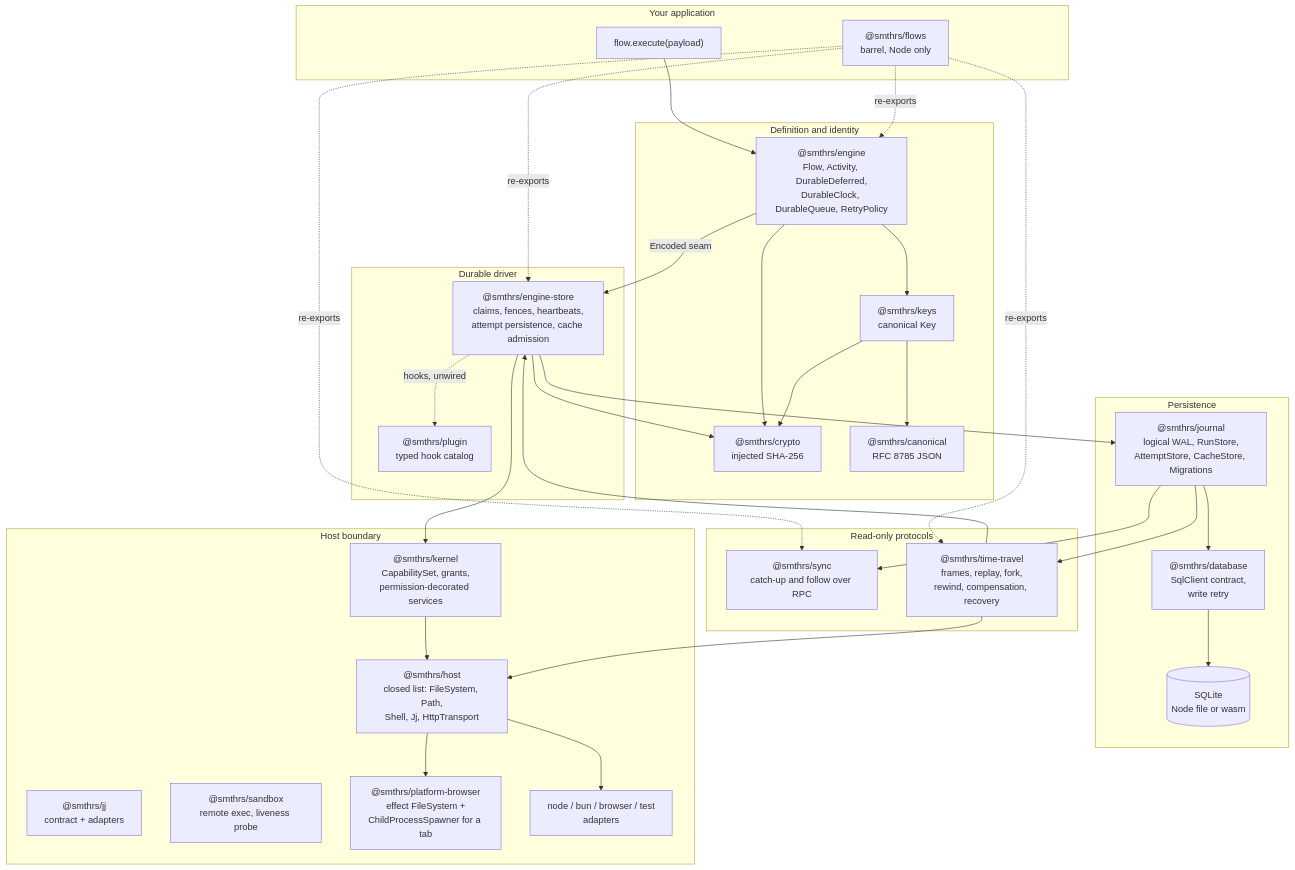
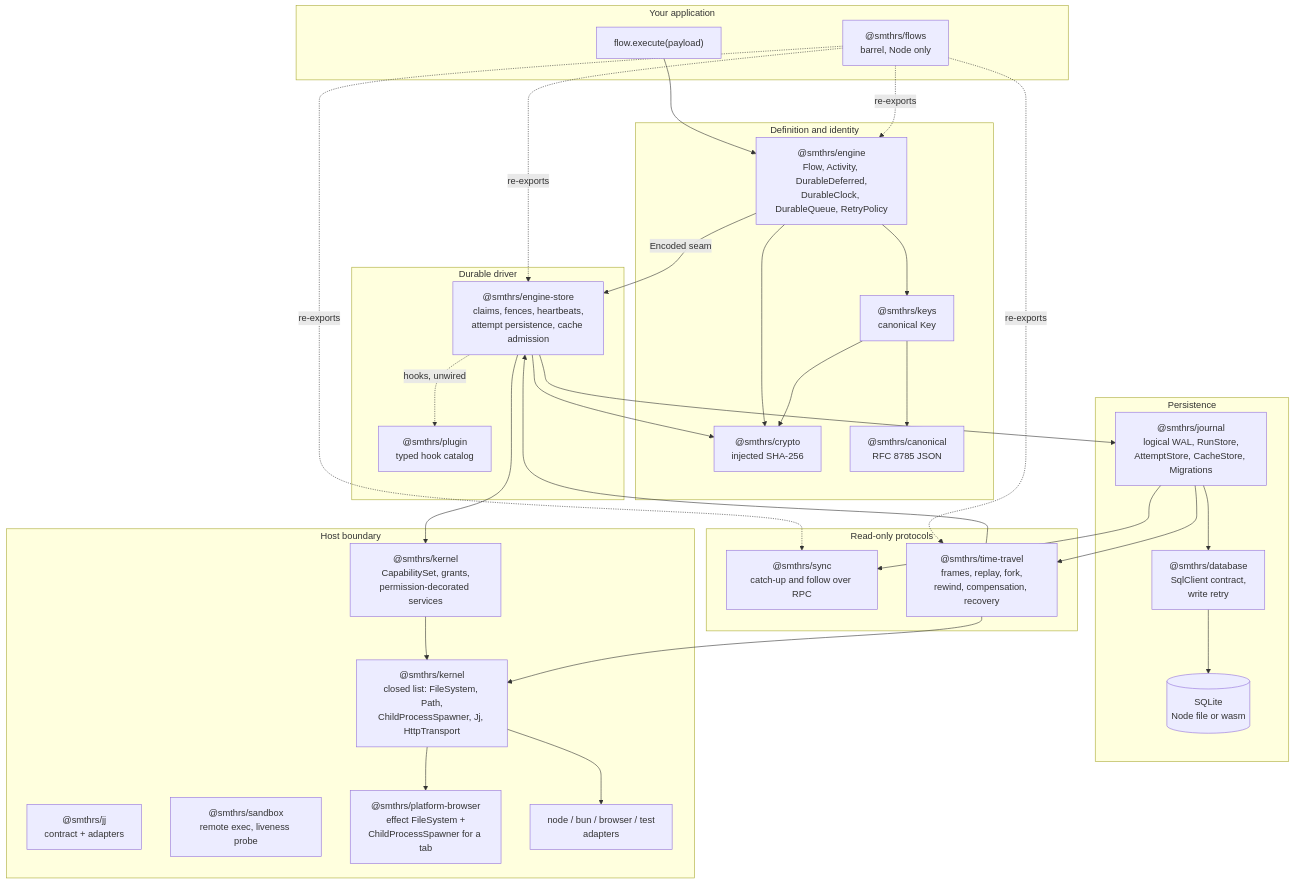
One commit to smithersai/flows changed the first of 2 diagrams in docs/pages/architecture.md. Above: the diagram before and after it, drawn with Mermaid. The commit also changed other lines of this file and 41 other files, not shown here.

````diff
--- a/docs/pages/architecture.md
+++ b/docs/pages/architecture.md
@@ -7,63 +7,63 @@
 ```mermaid
 flowchart TB
   subgraph app["Your application"]
     CALL["flow.execute(payload)"]
     BARREL["@smthrs/flows<br/>barrel, Node only"]
   end
 
   subgraph define["Definition and identity"]
     ENGINE["@smthrs/engine<br/>Flow, Activity, DurableDeferred,<br/>DurableClock, DurableQueue, RetryPolicy"]
     KEYS["@smthrs/keys<br/>canonical Key"]
     CRYPTO["@smthrs/crypto<br/>injected SHA-256"]
     CANONICAL["@smthrs/canonical<br/>RFC 8785 JSON"]
   end
 
   subgraph drive["Durable driver"]
     STORE["@smthrs/engine-store<br/>claims, fences, heartbeats,<br/>attempt persistence, cache admission"]
     PLUGIN["@smthrs/plugin<br/>typed hook catalog"]
   end
 
   subgraph persist["Persistence"]
     JOURNAL["@smthrs/journal<br/>logical WAL, RunStore,<br/>AttemptStore, CacheStore, Migrations"]
     DB["@smthrs/database<br/>SqlClient contract,<br/>write retry"]
     SQL[("SQLite<br/>Node file or wasm")]
   end
 
   subgraph guard["Host boundary"]
     KERNEL["@smthrs/kernel<br/>CapabilitySet, grants,<br/>permission-decorated services"]
-    HOST["@smthrs/host<br/>closed list: FileSystem, Path,<br/>Shell, Jj, HttpTransport"]
+    HOST["@smthrs/kernel<br/>closed list: FileSystem, Path,<br/>ChildProcessSpawner, Jj, HttpTransport"]
     JJ["@smthrs/jj<br/>contract + adapters"]
     SANDBOX["@smthrs/sandbox<br/>remote exec, liveness probe"]
     PB["@smthrs/platform-browser<br/>effect FileSystem +<br/>ChildProcessSpawner for a tab"]
     ADAPTERS["node / bun / browser / test<br/>adapters"]
   end
 
   subgraph read["Read-only protocols"]
     SYNC["@smthrs/sync<br/>catch-up and follow over RPC"]
     TT["@smthrs/time-travel<br/>frames, replay, fork,<br/>rewind, compensation, recovery"]
   end
 
   CALL --> ENGINE
   BARREL -.re-exports.-> ENGINE
   BARREL -.re-exports.-> STORE
   BARREL -.re-exports.-> SYNC
   BARREL -.re-exports.-> TT
   ENGINE --> KEYS
   ENGINE --> CRYPTO
   KEYS --> CANONICAL
   KEYS --> CRYPTO
   ENGINE -->|Encoded seam| STORE
   STORE --> JOURNAL
   STORE --> CRYPTO
   STORE --> KERNEL
   STORE -.hooks, unwired.-> PLUGIN
   JOURNAL --> DB
   DB --> SQL
   KERNEL --> HOST
   HOST --> ADAPTERS
   HOST --> PB
   JOURNAL --> SYNC
   JOURNAL --> TT
   TT --> STORE
   TT --> HOST
 ```
````
